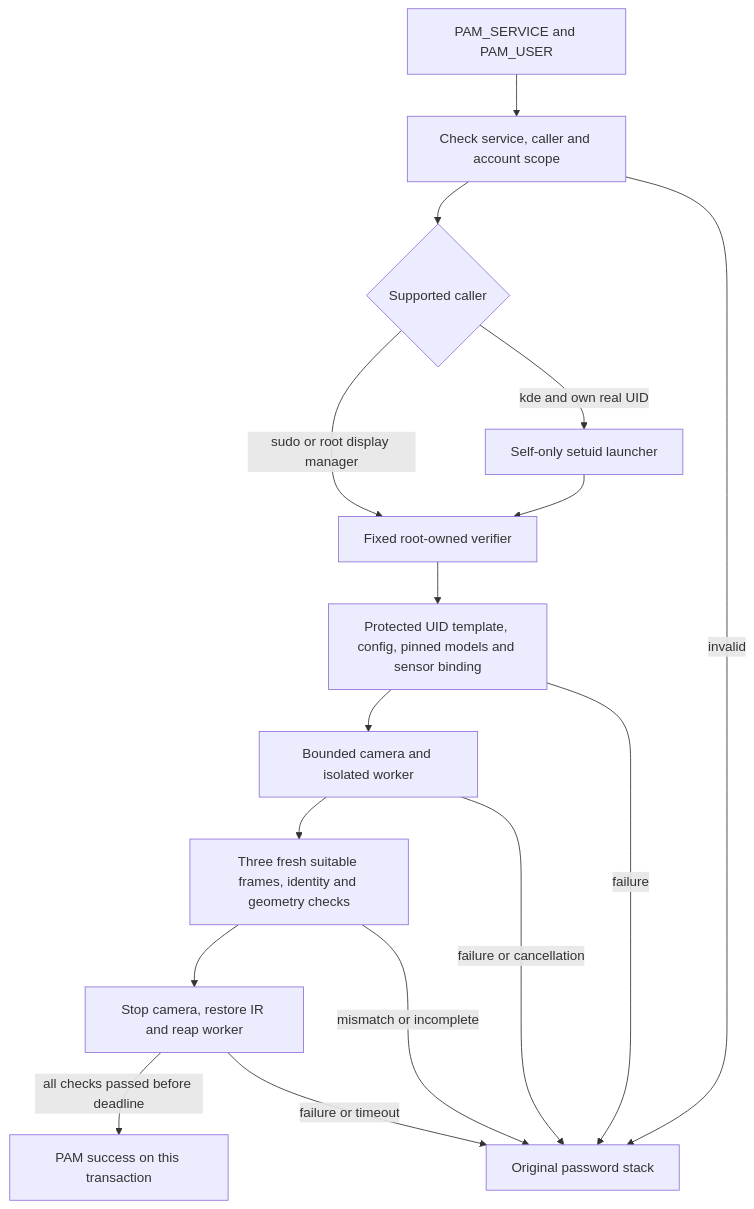
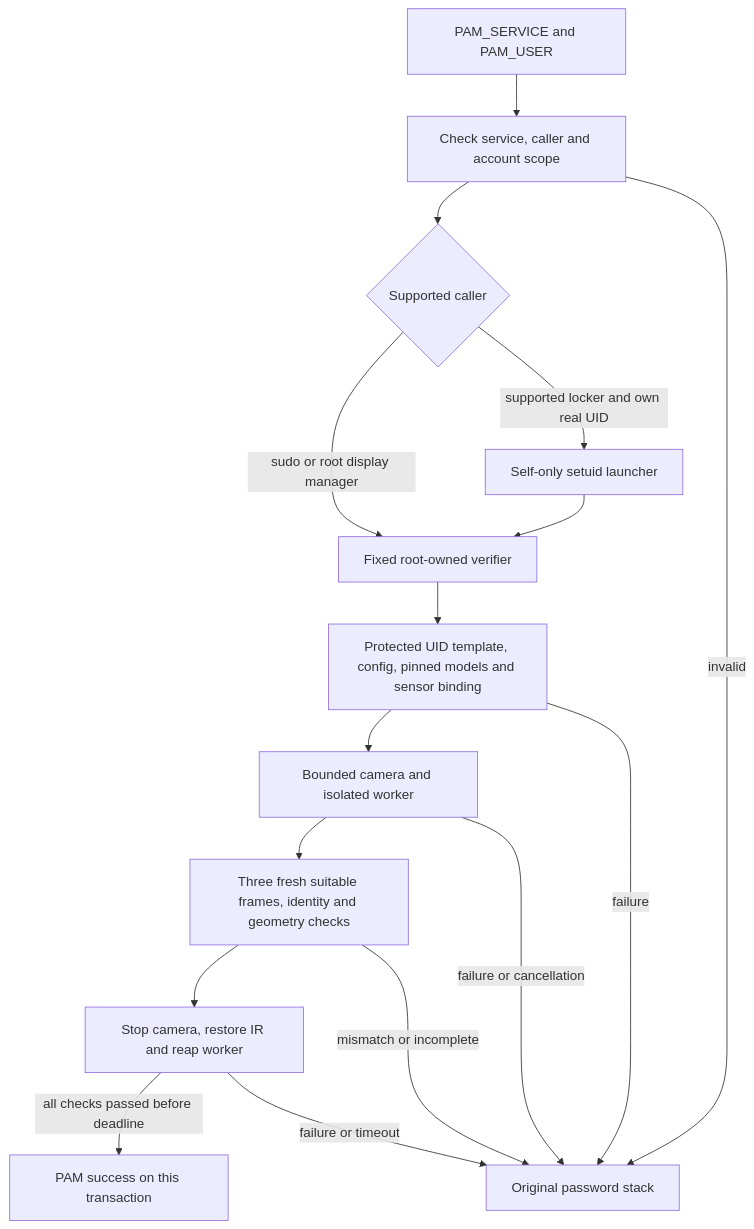
The diagram in docs/authentication-flow.md (Jan-Bladek/linux-hello), drawn with Mermaid before and after one commit. The commit also changed other lines of this file and 29 other files, not shown here.

````diff
--- a/docs/authentication-flow.md
+++ b/docs/authentication-flow.md
@@ -54,18 +55,18 @@
 ```mermaid
 flowchart TD
   PAM[PAM_SERVICE and PAM_USER] --> Scope[Check service, caller and account scope]
   Scope --> Route{Supported caller}
   Route -->|sudo or root display manager| Helper[Fixed root-owned verifier]
-  Route -->|kde and own real UID| Launcher[Self-only setuid launcher]
+  Route -->|supported locker and own real UID| Launcher[Self-only setuid launcher]
   Launcher --> Helper
   Helper --> Preflight[Protected UID template, config, pinned models and sensor binding]
   Preflight --> Capture[Bounded camera and isolated worker]
   Capture --> Match[Three fresh suitable frames, identity and geometry checks]
   Match --> Cleanup[Stop camera, restore IR and reap worker]
   Cleanup -->|all checks passed before deadline| Success[PAM success on this transaction]
   Scope -->|invalid| Fallback[Original password stack]
   Preflight -->|failure| Fallback
   Capture -->|failure or cancellation| Fallback
   Match -->|mismatch or incomplete| Fallback
   Cleanup -->|failure or timeout| Fallback
 ```
````
